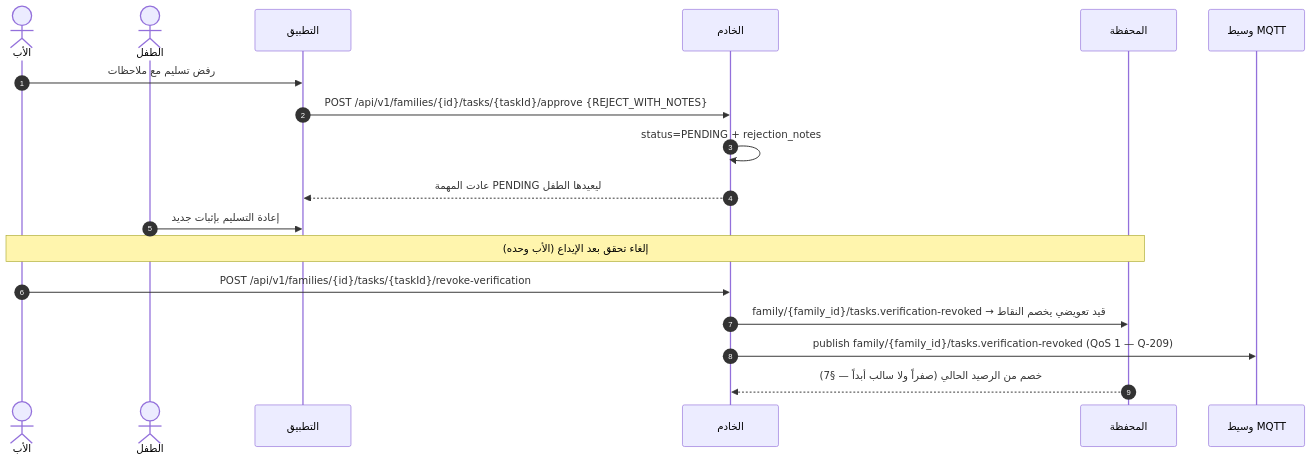
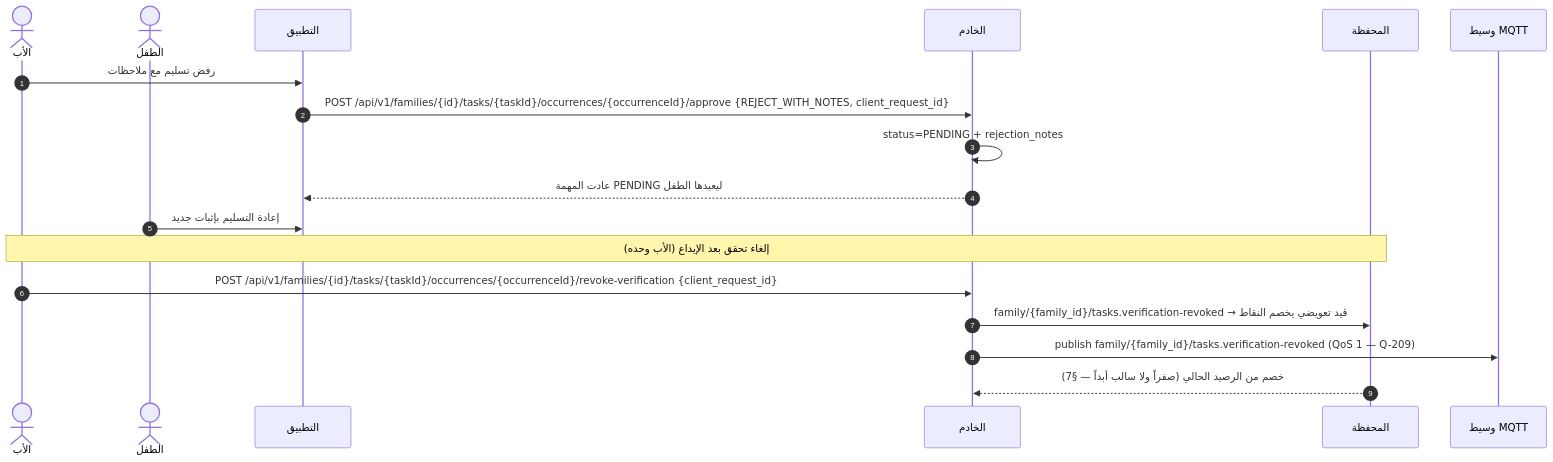
Before and after one commit to Bassam-mohammed-alqaeadi/family-os-v2: the sixth of 12 diagrams in docs/family-os/governance/phases/phase-1/S1-06-tasks-and-calendar/DIAGRAMS.md, drawn with Mermaid. The commit also changed other lines of this file and 6 other files, not shown here.

````diff
--- a/docs/family-os/governance/phases/phase-1/S1-06-tasks-and-calendar/DIAGRAMS.md
+++ b/docs/family-os/governance/phases/phase-1/S1-06-tasks-and-calendar/DIAGRAMS.md
@@ -260,20 +266,20 @@
 ```mermaid
 sequenceDiagram
     autonumber
     actor Father as الأب
     actor Child as الطفل
     participant App as التطبيق
     participant Ktor as الخادم
     participant S105 as المحفظة
     participant MQTT as وسيط MQTT
     Father->>App: رفض تسليم مع ملاحظات
-    App->>Ktor: POST /api/v1/families/{id}/tasks/{taskId}/approve {REJECT_WITH_NOTES}
+    App->>Ktor: POST /api/v1/families/{id}/tasks/{taskId}/occurrences/{occurrenceId}/approve {REJECT_WITH_NOTES, client_request_id}
     Ktor->>Ktor: status=PENDING + rejection_notes
     Ktor-->>App: عادت المهمة PENDING ليعيدها الطفل
     Child->>App: إعادة التسليم بإثبات جديد
     Note over Father,S105: إلغاء تحقق بعد الإيداع (الأب وحده)
-    Father->>Ktor: POST /api/v1/families/{id}/tasks/{taskId}/revoke-verification
+    Father->>Ktor: POST /api/v1/families/{id}/tasks/{taskId}/occurrences/{occurrenceId}/revoke-verification {client_request_id}
     Ktor->>S105: family/{family_id}/tasks.verification-revoked → قيد تعويضي يخصم النقاط
     Ktor->>MQTT: publish family/{family_id}/tasks.verification-revoked (QoS 1 — Q-209)
     S105-->>Ktor: خصم من الرصيد الحالي (صفراً ولا سالب أبداً — §7)
 ```
````
